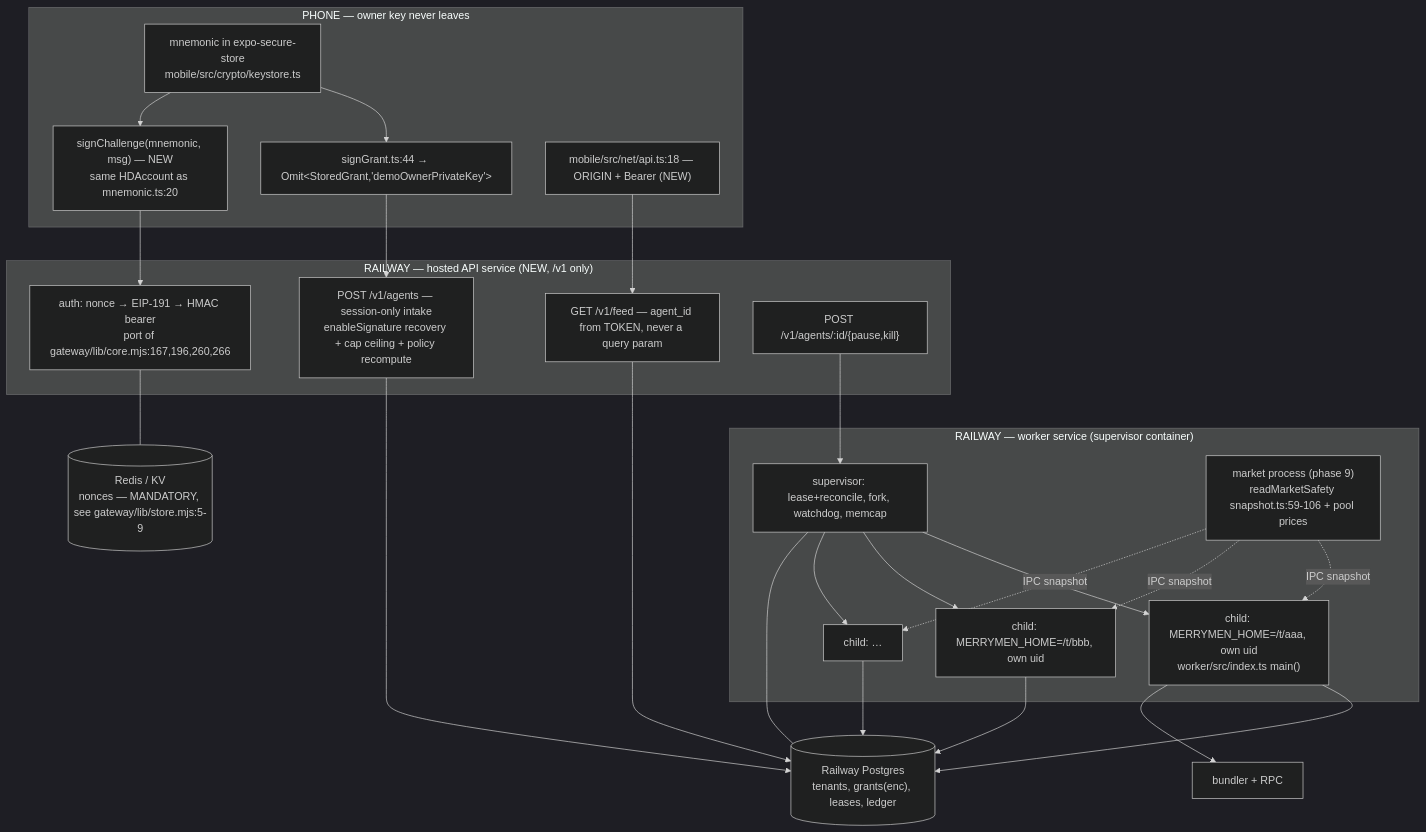
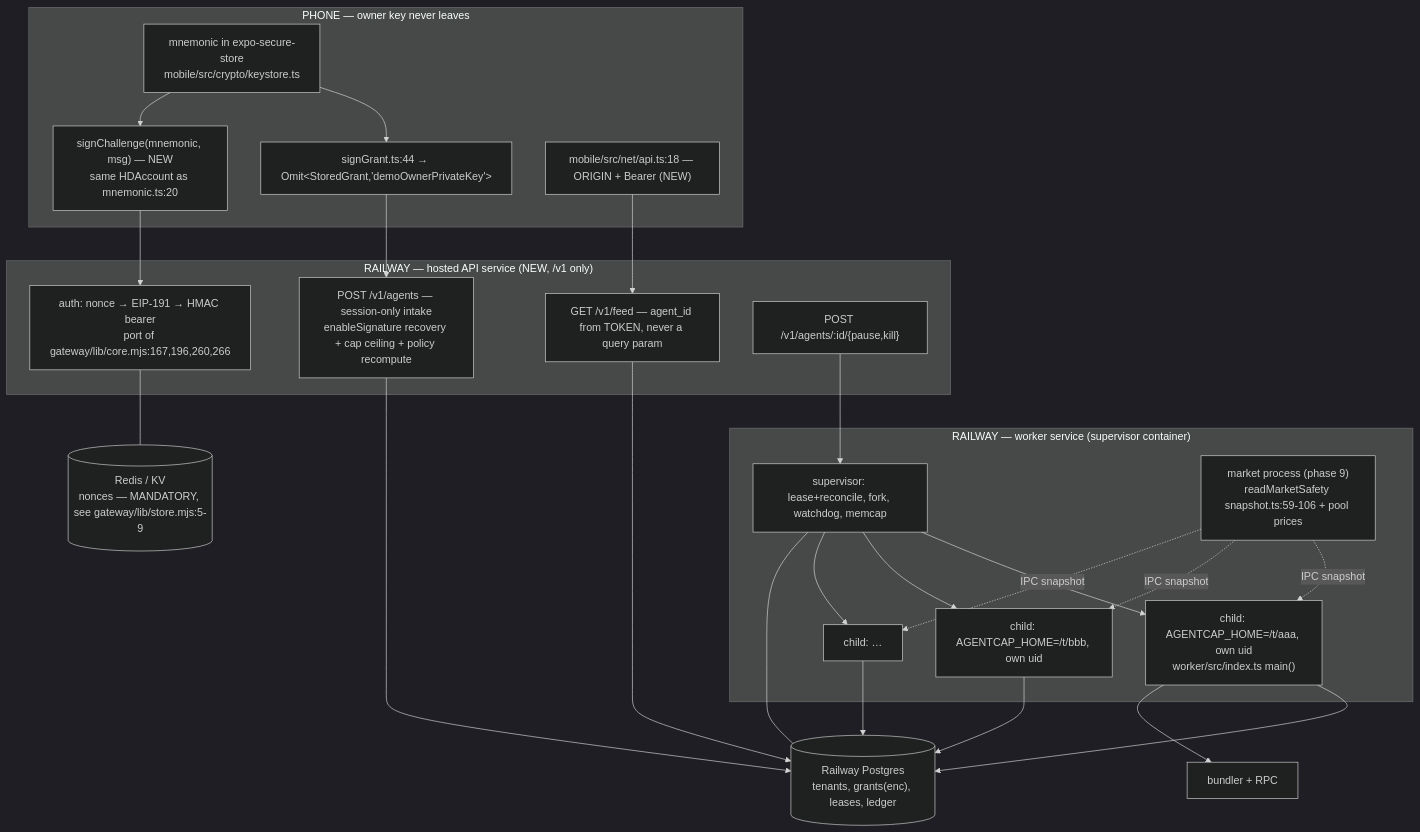
The diagram in docs/hosted-worker-design.md (AgentCapOrg/agentcap), drawn with Mermaid (dark theme) before and after one commit. The commit also changed other lines of this file and 2354 other files, not shown here.

````diff
--- a/docs/hosted-worker-design.md
+++ b/docs/hosted-worker-design.md
@@ -105,41 +105,41 @@
 ```mermaid
 flowchart TB
   subgraph phone["PHONE — owner key never leaves"]
     MK["mnemonic in expo-secure-store<br/>mobile/src/crypto/keystore.ts"]
     SG["signGrant.ts:44 → Omit&lt;StoredGrant,'demoOwnerPrivateKey'&gt;"]
     CH["signChallenge(mnemonic, msg) — NEW<br/>same HDAccount as mnemonic.ts:20"]
     API["mobile/src/net/api.ts:18 — ORIGIN + Bearer (NEW)"]
     MK --> SG
     MK --> CH
   end
 
   subgraph edge["RAILWAY — hosted API service (NEW, /v1 only)"]
     AU["auth: nonce → EIP-191 → HMAC bearer<br/>port of gateway/lib/core.mjs:167,196,260,266"]
     ARM["POST /v1/agents — session-only intake<br/>enableSignature recovery + cap ceiling + policy recompute"]
     FEED["GET /v1/feed — agent_id from TOKEN, never a query param"]
     CTL["POST /v1/agents/:id/{pause,kill}"]
   end
 
   subgraph sup["RAILWAY — worker service (supervisor container)"]
     SUP["supervisor: lease+reconcile, fork, watchdog, memcap"]
     MKT["market process (phase 9)<br/>readMarketSafety snapshot.ts:59-106 + pool prices"]
-    T1["child: MERRYMEN_HOME=/t/aaa, own uid<br/>worker/src/index.ts main()"]
-    T2["child: MERRYMEN_HOME=/t/bbb, own uid"]
+    T1["child: AGENTCAP_HOME=/t/aaa, own uid<br/>worker/src/index.ts main()"]
+    T2["child: AGENTCAP_HOME=/t/bbb, own uid"]
     TN["child: …"]
     SUP --> T1 & T2 & TN
     MKT -. IPC snapshot .-> T1 & T2 & TN
   end
 
   PG[("Railway Postgres<br/>tenants, grants(enc), leases, ledger")]
   KV[("Redis / KV<br/>nonces — MANDATORY, see gateway/lib/store.mjs:5-9")]
   CH --> AU
   SG --> ARM
   API --> FEED
   AU --- KV
   ARM --> PG
   FEED --> PG
   CTL --> SUP
   SUP --- PG
   T1 & T2 & TN --> PG
   T1 --> BUN["bundler + RPC"]
 ```
````
